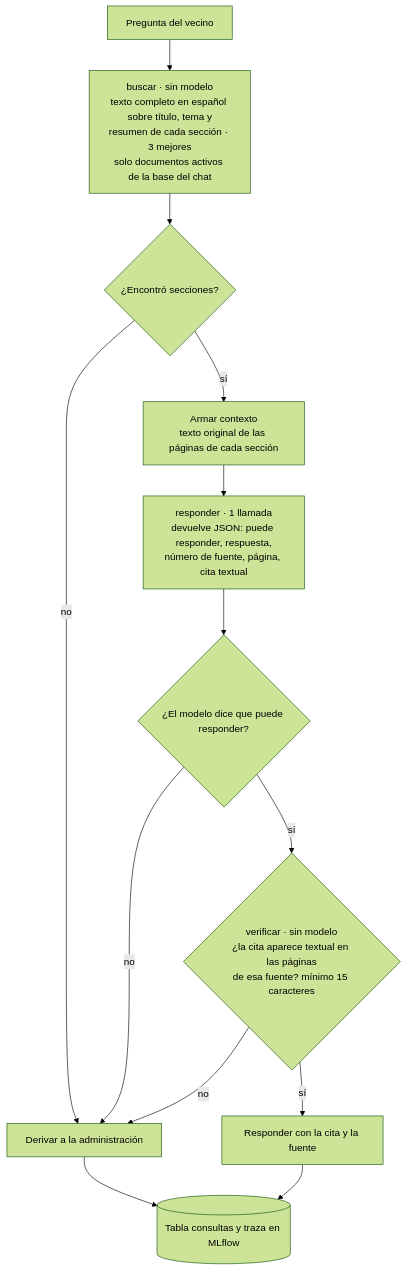
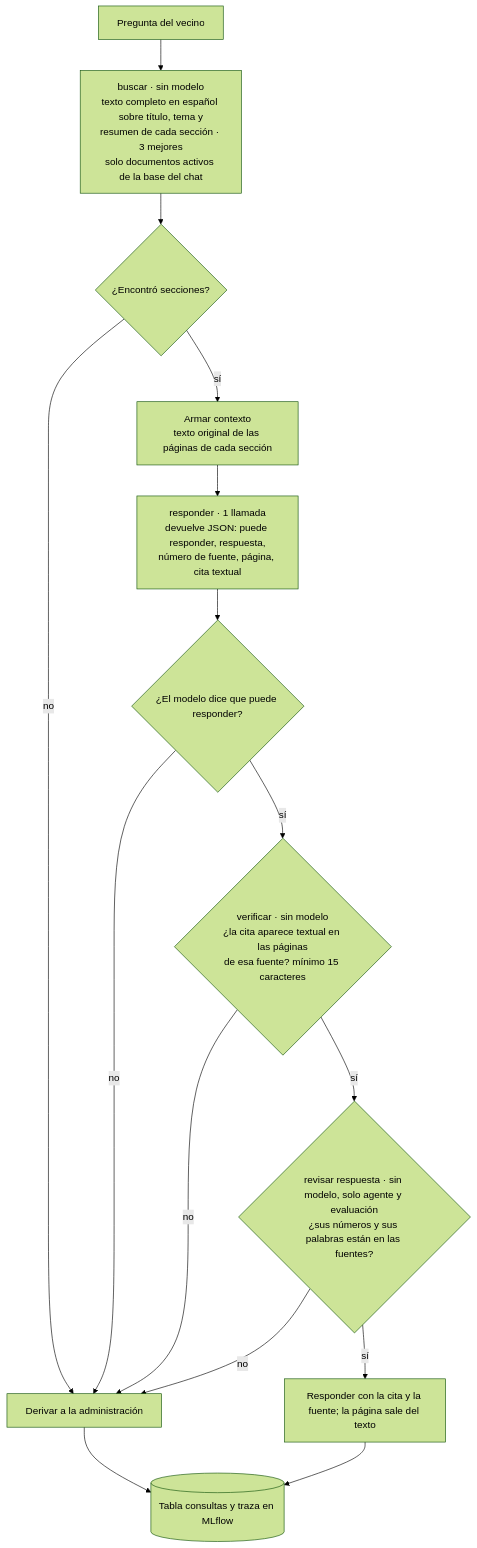
The fifth of 5 diagrams in docs/poc.md (lucaschicco/IAA), drawn with Mermaid (forest theme) before and after one commit. The commit also changed other lines of this file and 100 other files, not shown here.

First line of the commit message:
Agregar base de datos con Alembic, agente con router, web de pruebas y CRM

````diff
--- a/docs/poc.md
+++ b/docs/poc.md
@@ -131,15 +202,17 @@
 ```mermaid
 flowchart TD
     Q["Pregunta del vecino"] --> B["buscar · sin modelo<br>texto completo en español sobre título, tema y<br>resumen de cada sección · 3 mejores<br>solo documentos activos de la base del chat"]
     B --> H{"¿Encontró secciones?"}
     H -- no --> D["Derivar a la administración"]
     H -- sí --> C["Armar contexto<br>texto original de las páginas de cada sección"]
     C --> R["responder · 1 llamada<br>devuelve JSON: puede responder, respuesta,<br>número de fuente, página, cita textual"]
     R --> P{"¿El modelo dice que puede responder?"}
     P -- no --> D
     P -- sí --> V{"verificar · sin modelo<br>¿la cita aparece textual en las páginas<br>de esa fuente? mínimo 15 caracteres"}
     V -- no --> D
-    V -- sí --> OK["Responder con la cita y la fuente"]
+    V -- sí --> T{"revisar respuesta · sin modelo, solo agente y evaluación<br>¿sus números y sus palabras están en las fuentes?"}
+    T -- no --> D
+    T -- sí --> OK["Responder con la cita y la fuente; la página sale del texto"]
     OK --> G[("Tabla consultas y traza en MLflow")]
     D --> G
 ```
````
